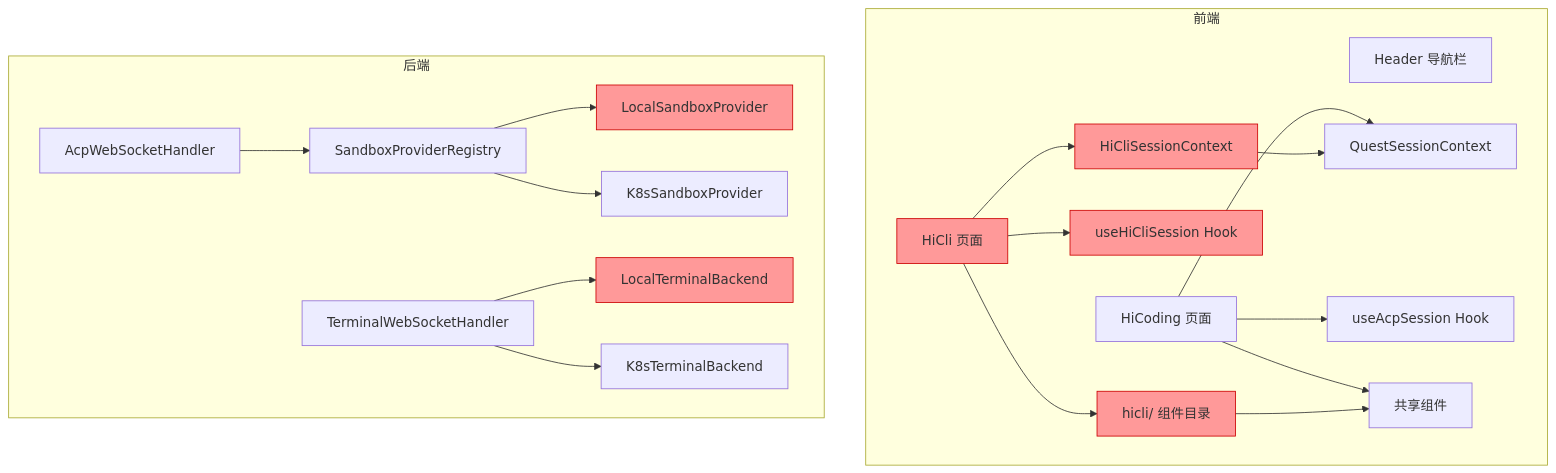
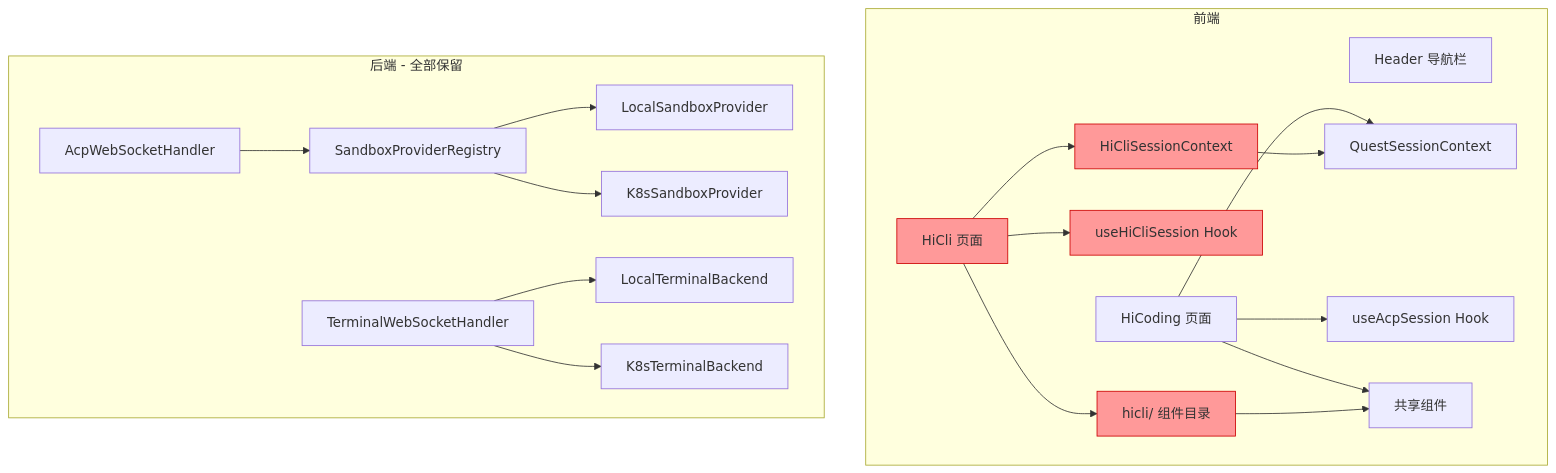
The first of 3 diagrams in .kiro/specs/poc-code-cleanup/design.md (higress-group/himarket), drawn with Mermaid before and after one commit. The commit also changed other lines of this file and 34 other files, not shown here.

First line of the commit message:
refactor(frontend): Remove HiCli POC module and migrate shared components

````diff
--- a/.kiro/specs/poc-code-cleanup/design.md
+++ b/.kiro/specs/poc-code-cleanup/design.md
@@ -15,38 +15,36 @@
 ```mermaid
 graph TD
-    subgraph 前端
-        Header[Header 导航栏]
-        HiCliPage[HiCli 页面]
-        CodingPage[HiCoding 页面]
+    subgraph FE1["前端"]
+        Header["Header 导航栏"]
+        HiCliPage["HiCli 页面"]
+        CodingPage["HiCoding 页面"]
         
-        HiCliPage --> HiCliCtx[HiCliSessionContext]
-        HiCliPage --> useHiCliSession[useHiCliSession Hook]
-        HiCliPage --> HiCliComponents[hicli/ 组件目录]
+        HiCliPage --> HiCliCtx["HiCliSessionContext"]
+        HiCliPage --> useHiCliSession["useHiCliSession Hook"]
+        HiCliPage --> HiCliComponents["hicli/ 组件目录"]
         
-        CodingPage --> QuestCtx[QuestSessionContext]
-        CodingPage --> useAcpSession[useAcpSession Hook]
-        CodingPage --> SharedComponents[共享组件]
+        CodingPage --> QuestCtx["QuestSessionContext"]
+        CodingPage --> useAcpSession["useAcpSession Hook"]
+        CodingPage --> SharedComponents["共享组件"]
         
         HiCliCtx --> QuestCtx
         HiCliComponents --> SharedComponents
     end
     
-    subgraph 后端
-        AcpWsHandler[AcpWebSocketHandler]
-        TerminalWsHandler[TerminalWebSocketHandler]
+    subgraph BE1["后端 - 全部保留"]
+        AcpWsHandler["AcpWebSocketHandler"]
+        TerminalWsHandler["TerminalWebSocketHandler"]
         
-        AcpWsHandler --> SandboxRegistry[SandboxProviderRegistry]
-        SandboxRegistry --> LocalProvider[LocalSandboxProvider]
-        SandboxRegistry --> K8sProvider[K8sSandboxProvider]
+        AcpWsHandler --> SandboxRegistry["SandboxProviderRegistry"]
+        SandboxRegistry --> LocalProvider["LocalSandboxProvider"]
+        SandboxRegistry --> K8sProvider["K8sSandboxProvider"]
         
-        TerminalWsHandler --> LocalTerminal[LocalTerminalBackend]
-        TerminalWsHandler --> K8sTerminal[K8sTerminalBackend]
+        TerminalWsHandler --> LocalTerminal["LocalTerminalBackend"]
+        TerminalWsHandler --> K8sTerminal["K8sTerminalBackend"]
     end
     
     style HiCliPage fill:#f99,stroke:#c00
     style HiCliCtx fill:#f99,stroke:#c00
     style useHiCliSession fill:#f99,stroke:#c00
     style HiCliComponents fill:#f99,stroke:#c00
-    style LocalProvider fill:#f99,stroke:#c00
-    style LocalTerminal fill:#f99,stroke:#c00
 ```
````
